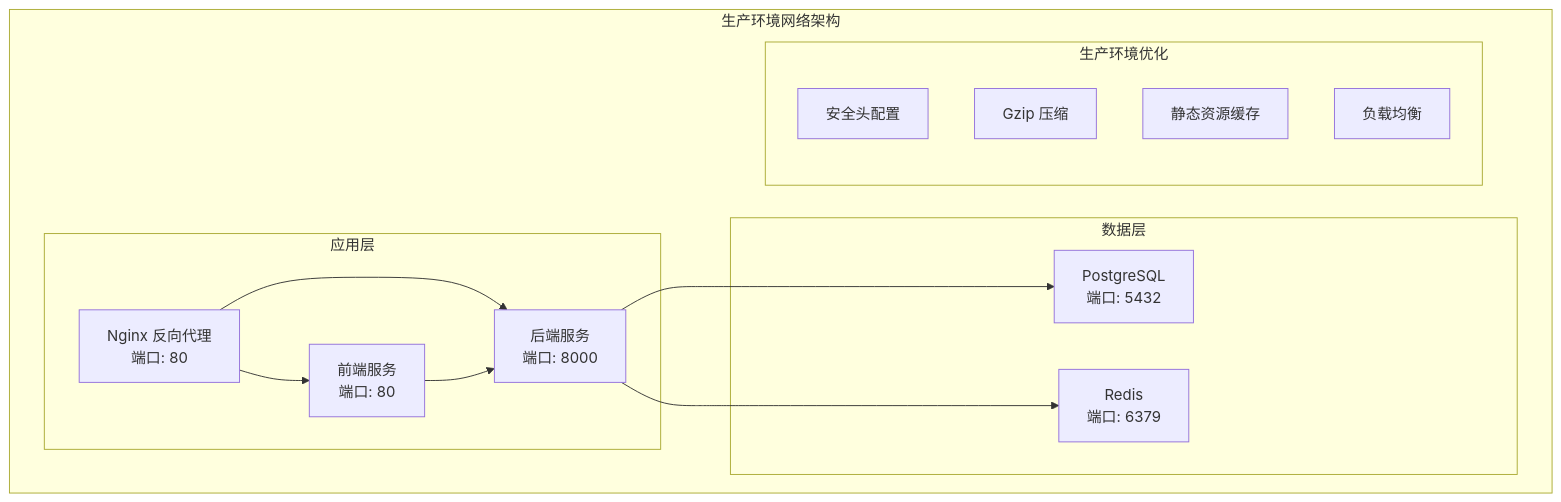
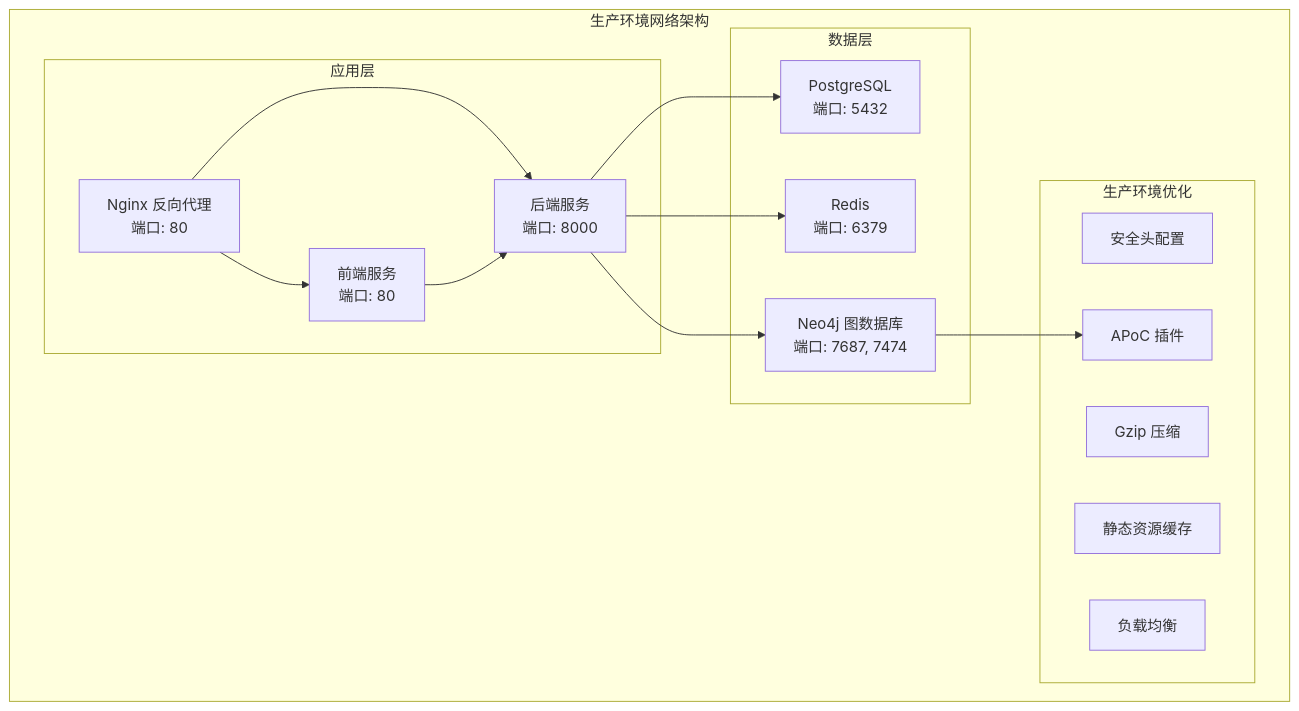
The first of 21 diagrams in .qoder/repowiki/zh/content/Docker Deployment.md (xfbyxq/ai-novel-system), drawn with Mermaid before and after one commit. The commit also changed other lines of this file and 19 other files, not shown here.

First line of the commit message:
feat(graph): 新增图数据库完整支持与AI聊天集成

````diff
--- a/.qoder/repowiki/zh/content/Docker Deployment.md
+++ b/.qoder/repowiki/zh/content/Docker Deployment.md
@@ -65,25 +69,29 @@
 ```mermaid
 graph TB
 subgraph "生产环境网络架构"
 subgraph "应用层"
 NGINX[Nginx 反向代理<br/>端口: 80]
 FRONTEND[前端服务<br/>端口: 80]
 BACKEND[后端服务<br/>端口: 8000]
 end
 subgraph "数据层"
 POSTGRES[PostgreSQL<br/>端口: 5432]
 REDIS[Redis<br/>端口: 6379]
+NEO4J[Neo4j 图数据库<br/>端口: 7687, 7474]
 end
 subgraph "生产环境优化"
 SECURITY[安全头配置]
 GZIP[Gzip 压缩]
 CACHE[静态资源缓存]
 BALANCE[负载均衡]
+APOC_PLUGIN[APoC 插件]
 end
 end
 NGINX --> FRONTEND
 NGINX --> BACKEND
 FRONTEND --> BACKEND
 BACKEND --> POSTGRES
 BACKEND --> REDIS
+BACKEND --> NEO4J
+NEO4J --> APOC_PLUGIN
 ```
````
